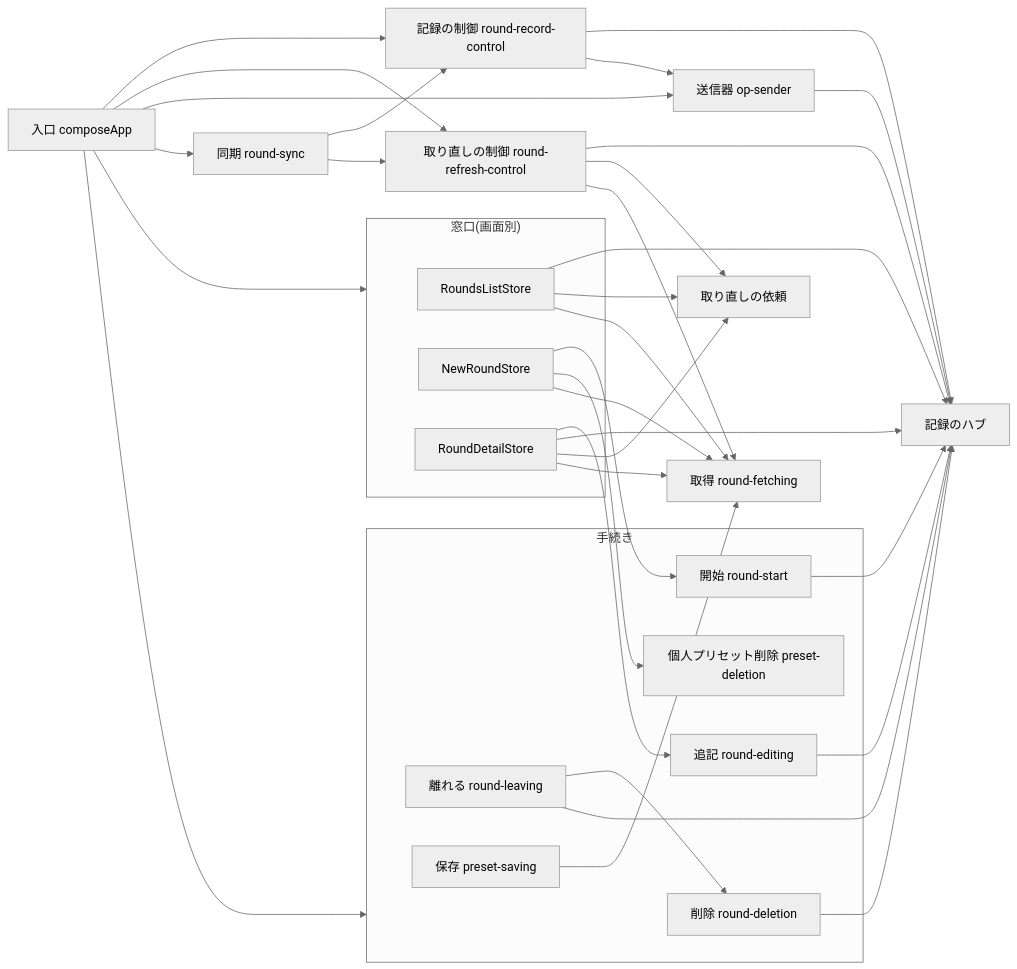
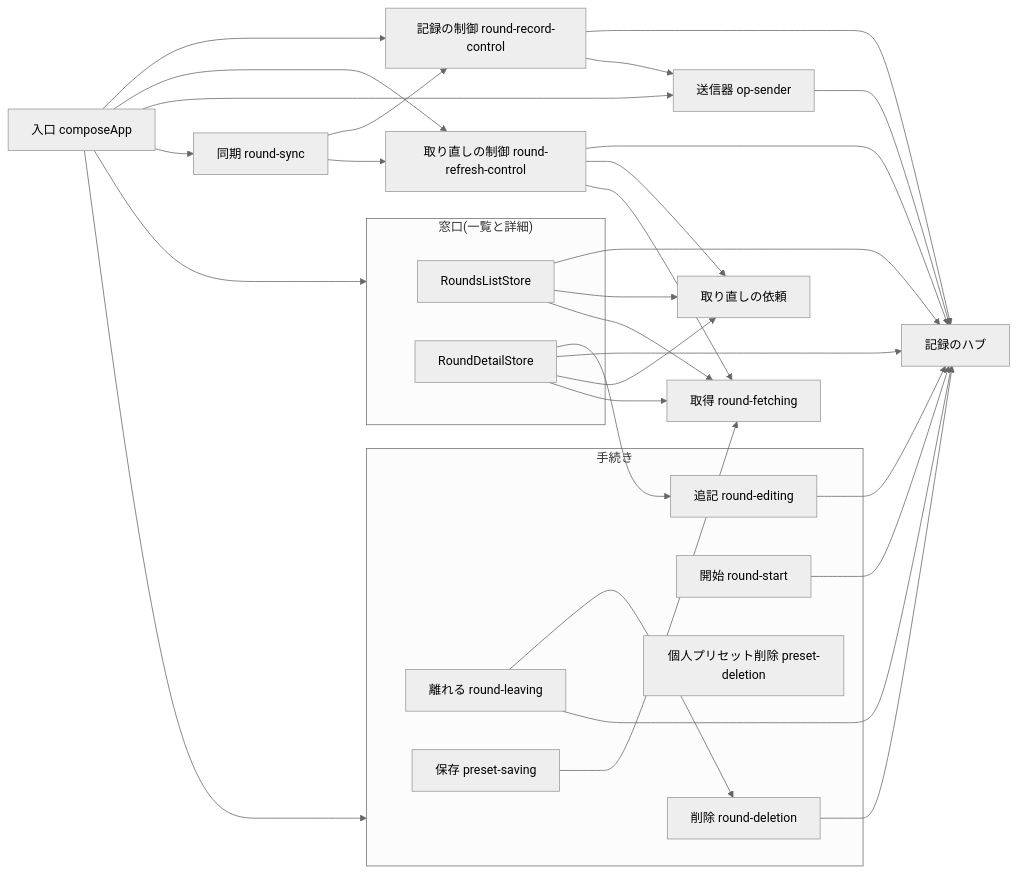
Before and after one commit to yukiyamasaki6/aims: the diagram in docs/features/rounds/design.md, drawn with Mermaid (neutral theme). The commit also changed other lines of this file and 77 other files, not shown here.

````diff
--- a/docs/features/rounds/design.md
+++ b/docs/features/rounds/design.md
@@ -14,54 +14,50 @@
 ```mermaid
 flowchart LR
   compose["入口 composeApp"]
-  subgraph stores["窓口(画面別)"]
+  subgraph stores["窓口(一覧と詳細)"]
     list["RoundsListStore"]
-    newRound["NewRoundStore"]
     detail["RoundDetailStore"]
   end
   subgraph procedures["手続き"]
     deletion["削除 round-deletion"]
     leaving["離れる round-leaving"]
     start["開始 round-start"]
     presetDeletion["個人プリセット削除 preset-deletion"]
     presetSaving["保存 preset-saving"]
     editing["追記 round-editing"]
   end
   hub["記録のハブ"]
   requests["取り直しの依頼"]
   fetching["取得 round-fetching"]
   control["記録の制御 round-record-control"]
   refreshControl["取り直しの制御 round-refresh-control"]
   sender["送信器 op-sender"]
   sync["同期 round-sync"]
   compose --> stores
   compose --> procedures
   compose --> control
   compose --> refreshControl
   compose --> sender
   compose --> sync
   list --> hub
   list --> requests
   list --> fetching
-  newRound --> start
-  newRound --> presetDeletion
-  newRound --> fetching
   detail --> editing
   detail --> hub
   detail --> requests
   detail --> fetching
   leaving --> deletion
   leaving --> hub
   deletion --> hub
   start --> hub
   editing --> hub
   presetSaving --> fetching
   control --> hub
   control --> sender
   sender --> hub
   refreshControl --> hub
   refreshControl --> requests
   refreshControl --> fetching
   sync --> control
   sync --> refreshControl
 ```
````
